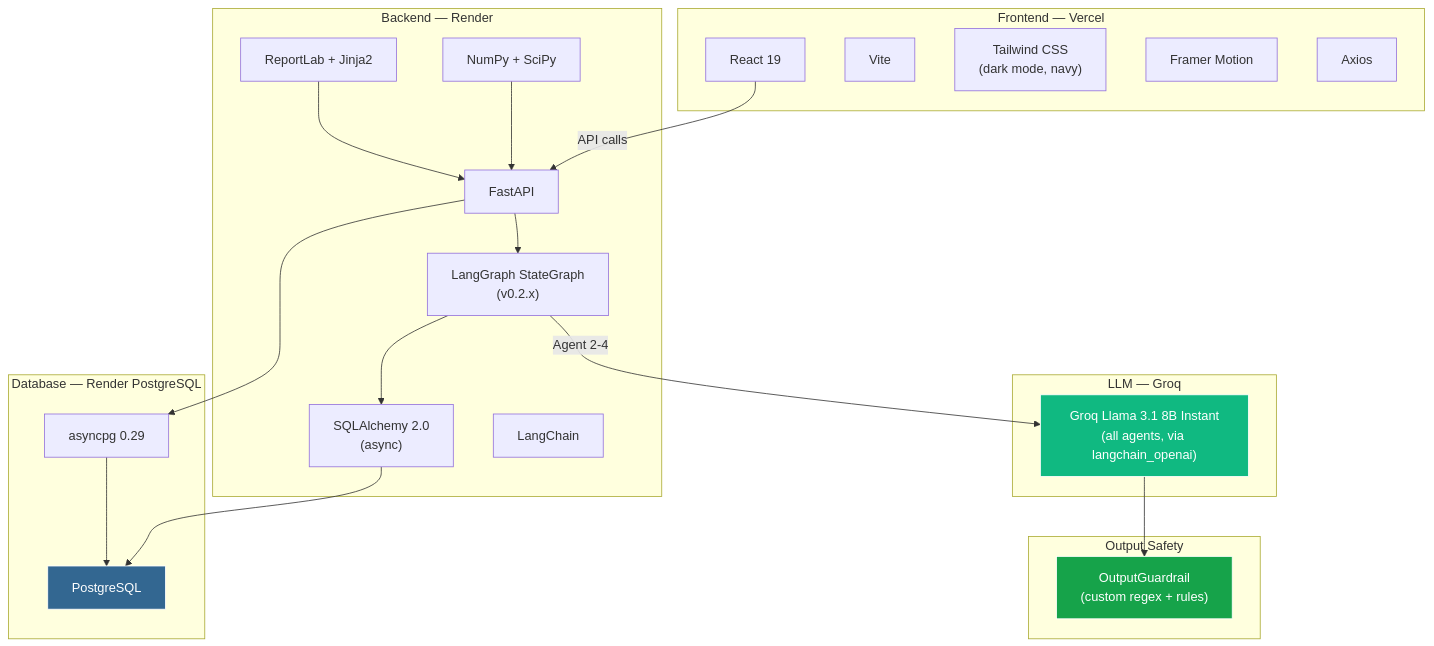
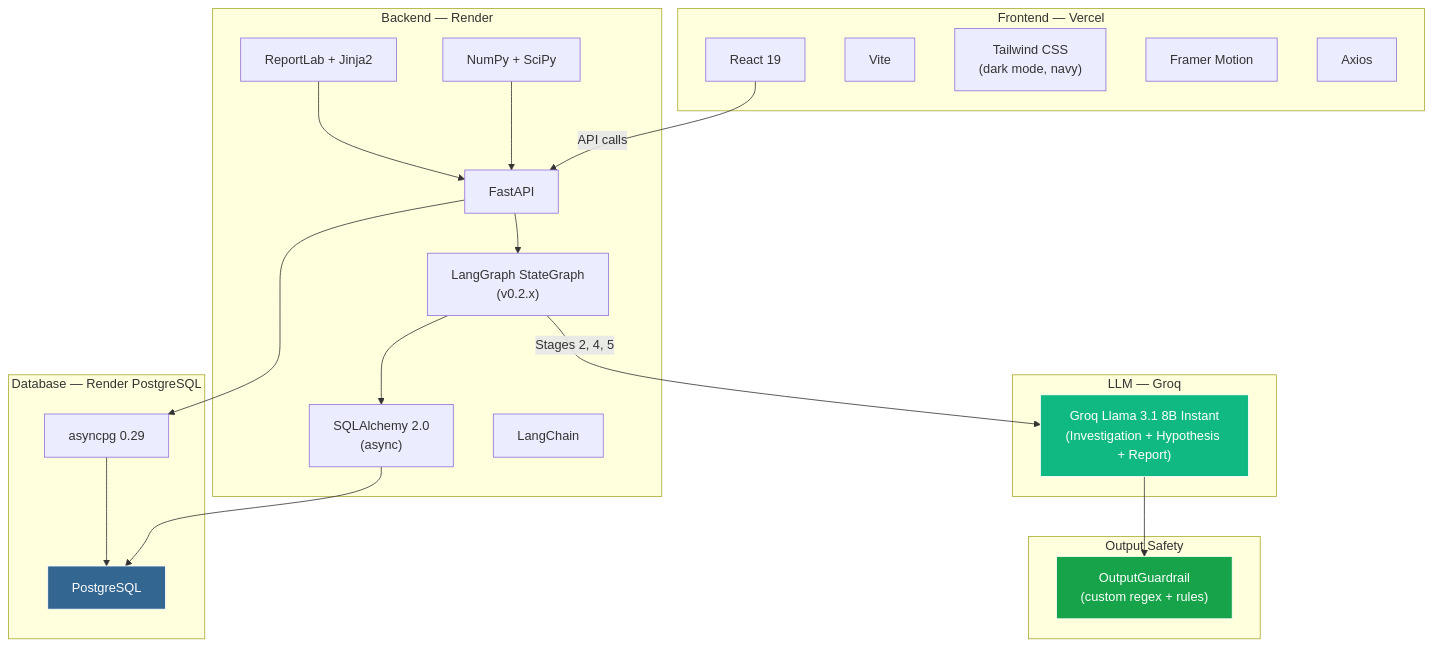
The tenth of 11 diagrams in ARCHITECTURE.md (sajanyerra/pharma-data-integrity-inspector), drawn with Mermaid before and after one commit. The commit also changed other lines of this file and 19 other files, not shown here.

First line of the commit message:
feat: 5-stage pipeline architecture with genuine ReAct Investigation Agent

````diff
--- a/ARCHITECTURE.md
+++ b/ARCHITECTURE.md
@@ -372,47 +399,47 @@
 ```mermaid
 graph TB
     subgraph Frontend ["Frontend — Vercel"]
         React["React 19"]
         Vite["Vite"]
         TW["Tailwind CSS<br/>(dark mode, navy)"]
         FM["Framer Motion"]
         Axios["Axios"]
     end
 
     subgraph Backend ["Backend — Render"]
         FastAPI["FastAPI"]
         SQLAlchemy["SQLAlchemy 2.0<br/>(async)"]
         LangGraph["LangGraph StateGraph<br/>(v0.2.x)"]
         LangChain["LangChain"]
         NumPy["NumPy + SciPy"]
         ReportLab["ReportLab + Jinja2"]
     end
 
     subgraph LLM ["LLM — Groq"]
-        Groq["Groq Llama 3.1 8B Instant<br/>(all agents, via langchain_openai)"]
+        Groq["Groq Llama 3.1 8B Instant<br/>(Investigation + Hypothesis + Report)"]
     end
 
     subgraph DB ["Database — Render PostgreSQL"]
         PG["PostgreSQL"]
         AsyncPG["asyncpg 0.29"]
     end
 
     subgraph Guard ["Output Safety"]
         OG["OutputGuardrail<br/>(custom regex + rules)"]
     end
 
     React -->|API calls| FastAPI
     FastAPI --> LangGraph
-    LangGraph -->|"Agent 2-4"| Groq
+    LangGraph -->|"Stages 2, 4, 5"| Groq
     LangGraph --> SQLAlchemy
     SQLAlchemy --> PG
     FastAPI --> AsyncPG
     AsyncPG --> PG
     Groq --> OG
     NumPy --> FastAPI
     ReportLab --> FastAPI
 
     style Groq fill:#10b981,stroke:#fff,color:#fff
     style OG fill:#16a34a,stroke:#fff,color:#fff
     style PG fill:#336791,stroke:#fff,color:#fff
 ```
````
